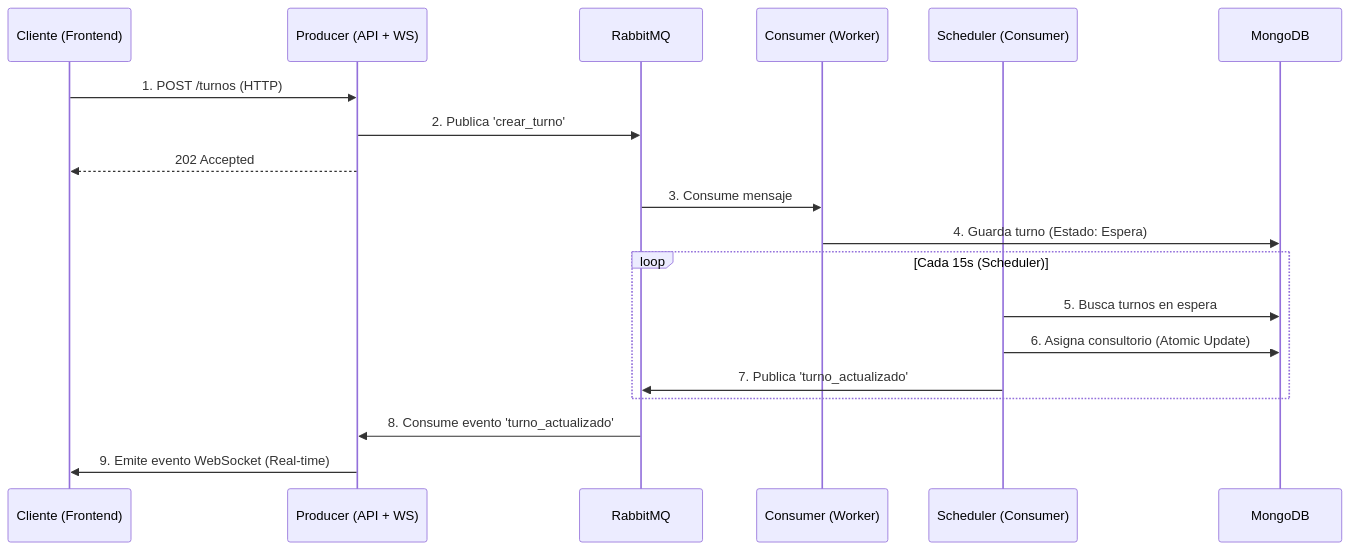
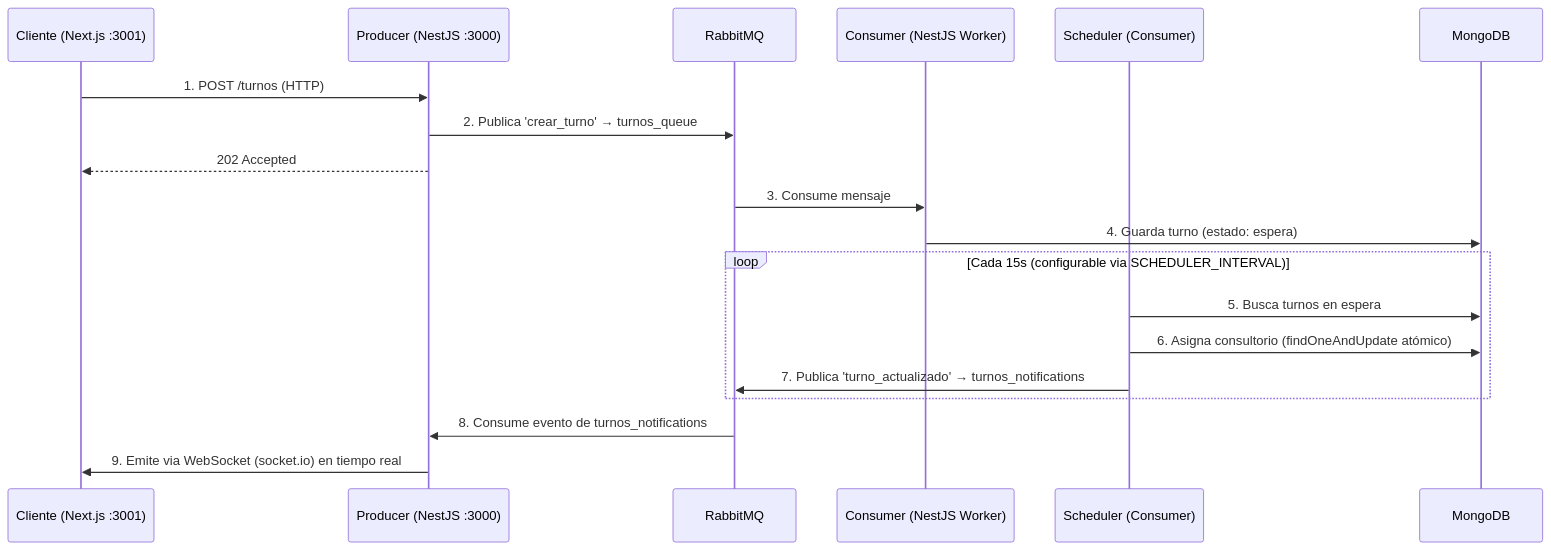
Before and after one commit to davidangarita1/IA_P1_tickets: the diagram in README.md, drawn with Mermaid. The commit also changed other lines of this file and 42 other files, not shown here.

````diff
--- a/README.md
+++ b/README.md
@@ -9,24 +9,24 @@
 ```mermaid
 sequenceDiagram
-    participant C as Cliente (Frontend)
-    participant P as Producer (API + WS)
+    participant C as Cliente (Next.js :3001)
+    participant P as Producer (NestJS :3000)
     participant Q as RabbitMQ
-    participant W as Consumer (Worker)
+    participant W as Consumer (NestJS Worker)
     participant S as Scheduler (Consumer)
     participant D as MongoDB
 
     C->>P: 1. POST /turnos (HTTP)
-    P->>Q: 2. Publica 'crear_turno'
+    P->>Q: 2. Publica 'crear_turno' → turnos_queue
     P-->>C: 202 Accepted
     Q->>W: 3. Consume mensaje
-    W->>D: 4. Guarda turno (Estado: Espera)
-    
-    loop Cada 15s (Scheduler)
+    W->>D: 4. Guarda turno (estado: espera)
+
+    loop Cada 15s (configurable via SCHEDULER_INTERVAL)
         S->>D: 5. Busca turnos en espera
-        S->>D: 6. Asigna consultorio (Atomic Update)
-        S->>Q: 7. Publica 'turno_actualizado'
+        S->>D: 6. Asigna consultorio (findOneAndUpdate atómico)
+        S->>Q: 7. Publica 'turno_actualizado' → turnos_notifications
     end
 
-    Q->>P: 8. Consume evento 'turno_actualizado'
-    P->>C: 9. Emite evento WebSocket (Real-time)
+    Q->>P: 8. Consume evento de turnos_notifications
+    P->>C: 9. Emite via WebSocket (socket.io) en tiempo real
 ```
````
